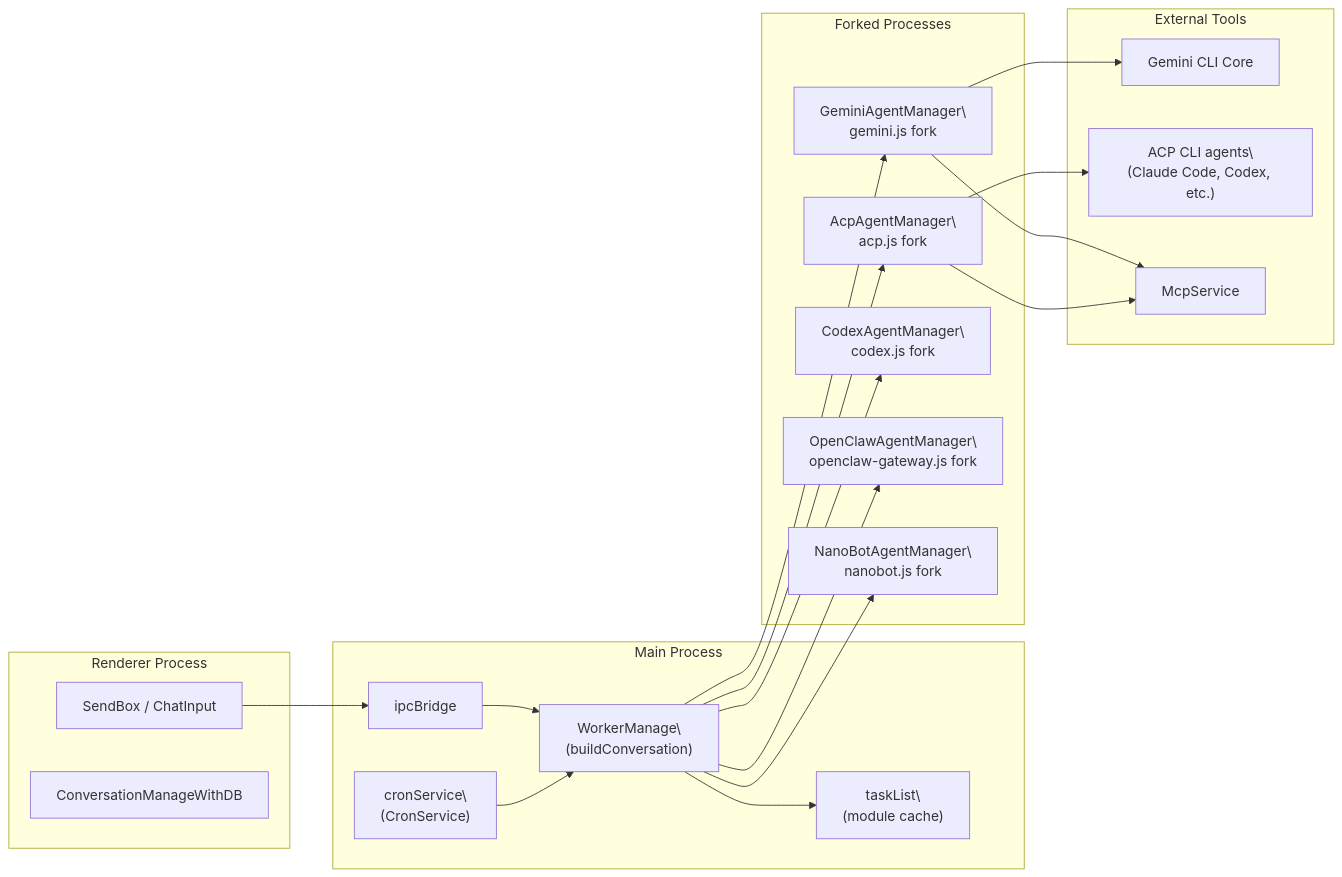
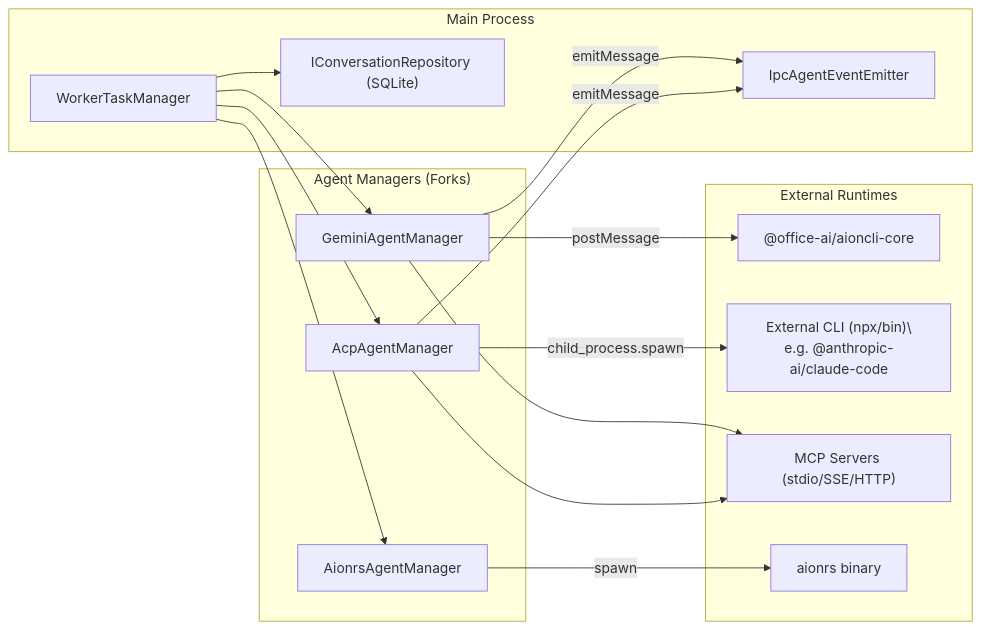
The second of 2 diagrams in docs/iOfficeAI_AionUi/ai-agent-systems/index.md (blackcater/zentree), drawn with Mermaid before and after one commit. The commit also changed other lines of this file and 232 other files, not shown here.

````diff
--- a/docs/iOfficeAI_AionUi/ai-agent-systems/index.md
+++ b/docs/iOfficeAI_AionUi/ai-agent-systems/index.md
@@ -171,51 +117,37 @@
 ```mermaid
 flowchart LR
-    subgraph "Renderer Process"
-        UI["SendBox / ChatInput"]
-        CM["ConversationManageWithDB"]
+    subgraph "Main Process"
+        WTM["WorkerTaskManager"]
+        DB["IConversationRepository (SQLite)"]
+        IPC["IpcAgentEventEmitter"]
     end
 
-    subgraph "Main Process"
-        IPC["ipcBridge"]
-        WM["WorkerManage\
-(buildConversation)"]
-        TL["taskList\
-(module cache)"]
-        CRON["cronService\
-(CronService)"]
+    subgraph "Agent Managers (Forks)"
+        GAM["GeminiAgentManager"]
+        AAM["AcpAgentManager"]
+        AION["AionrsAgentManager"]
     end
 
-    subgraph "Forked Processes"
-        GA["GeminiAgentManager\
-gemini.js fork"]
-        AA["AcpAgentManager\
-acp.js fork"]
-        CA["CodexAgentManager\
-codex.js fork"]
-        OA["OpenClawAgentManager\
-openclaw-gateway.js fork"]
-        NA["NanoBotAgentManager\
-nanobot.js fork"]
+    subgraph "External Runtimes"
+        GCLI["@office-ai/aioncli-core"]
+        ACLI["External CLI (npx/bin)\
+e.g. @anthropic-ai/claude-code"]
+        MCP["MCP Servers (stdio/SSE/HTTP)"]
+        RUST["aionrs binary"]
     end
 
-    subgraph "External Tools"
-        GCLI["Gemini CLI Core"]
-        ACP["ACP CLI agents\
-(Claude Code, Codex, etc.)"]
-        MCP["McpService"]
-    end
-
-    UI --> IPC
-    IPC --> WM
-    WM --> TL
-    WM --> GA
-    WM --> AA
-    WM --> CA
-    WM --> OA
-    WM --> NA
-    GA --> GCLI
-    AA --> ACP
-    GA --> MCP
-    AA --> MCP
-    CRON --> WM
+    WTM --> DB
+    WTM --> GAM
+    WTM --> AAM
+    WTM --> AION
+    
+    GAM -- "postMessage" --> GCLI
+    AAM -- "child_process.spawn" --> ACLI
+    AION -- "spawn" --> RUST
+    
+    GAM --> MCP
+    AAM --> MCP
+    
+    GAM -- "emitMessage" --> IPC
+    AAM -- "emitMessage" --> IPC
 ```
````
